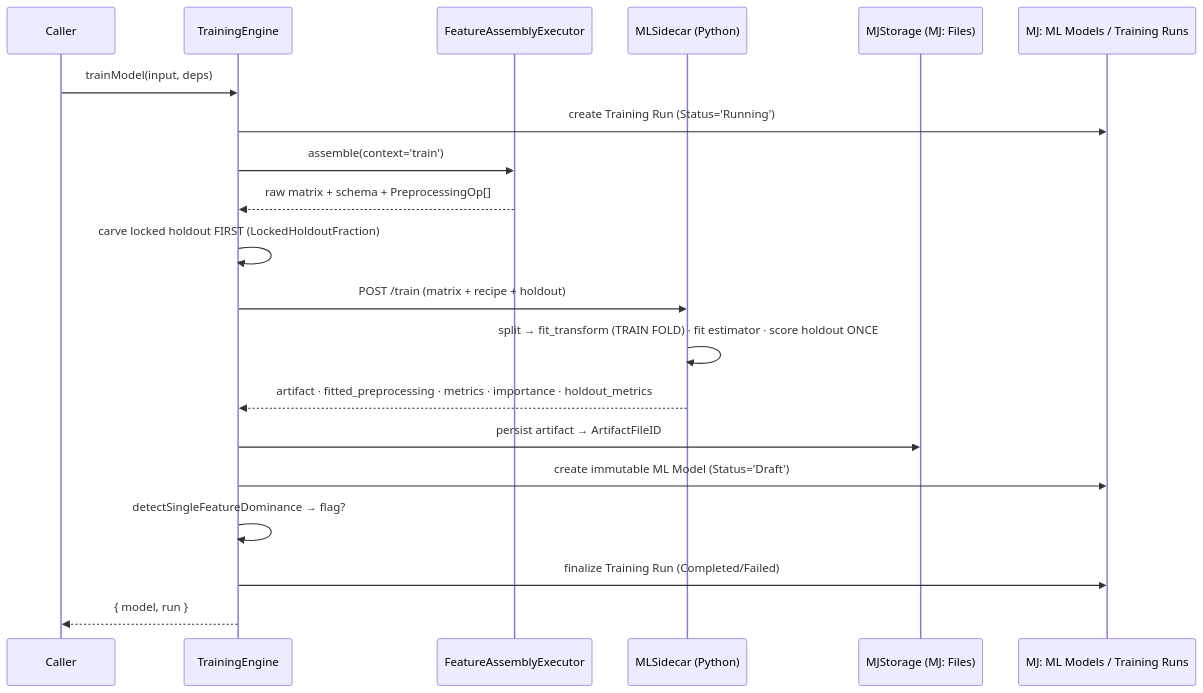
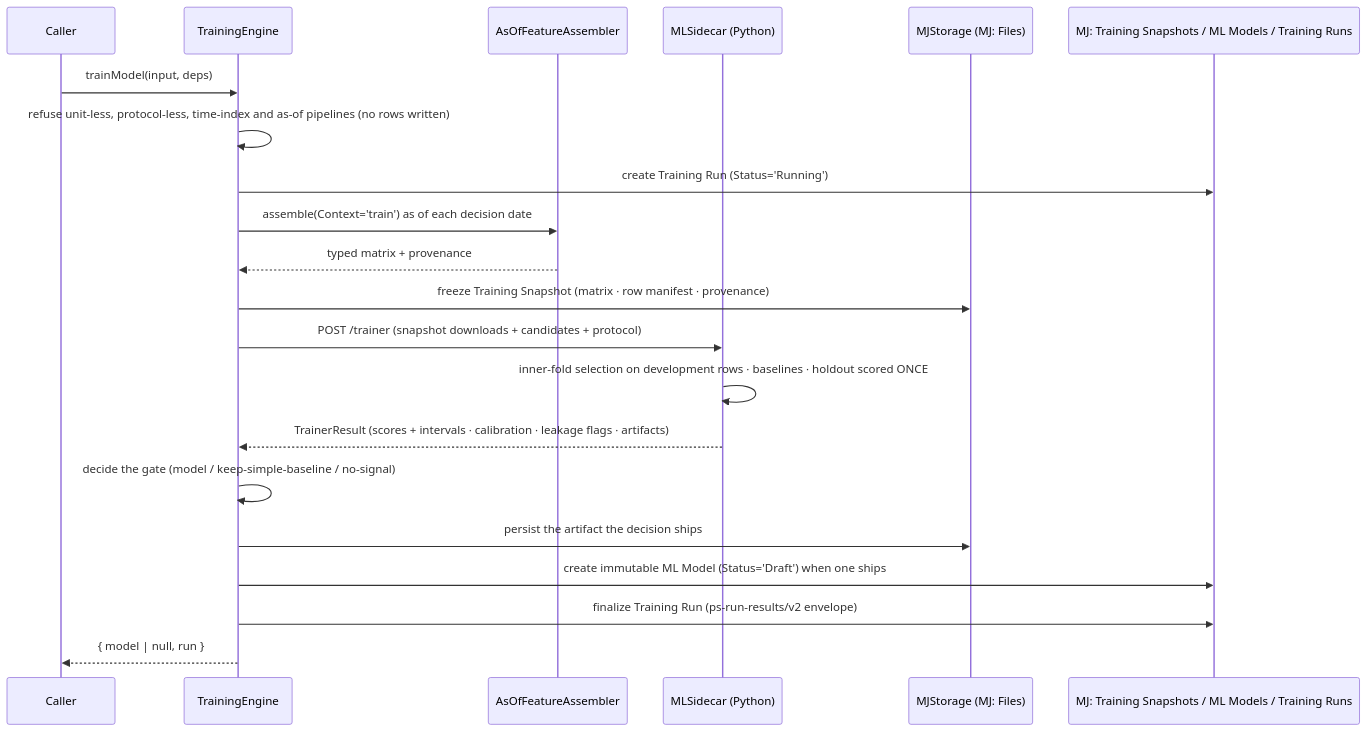
One commit to MemberJunction/MJ changed the fifth of 15 diagrams in guides/PREDICTIVE_STUDIO_GUIDE.md. Above: the diagram before and after it, drawn with Mermaid. The commit also changed other lines of this file and 4 other files, not shown here.

First line of the commit message:
docs(ps): PR 3 M11.5 — guide and PS READMEs describe the unit/protocol training path, the stored gate decision, the outcome copy and the migration Action

````diff
--- a/guides/PREDICTIVE_STUDIO_GUIDE.md
+++ b/guides/PREDICTIVE_STUDIO_GUIDE.md
@@ -337,22 +342,23 @@
 ```mermaid
 sequenceDiagram
     participant C as Caller
     participant TE as TrainingEngine
-    participant FA as FeatureAssemblyExecutor
+    participant FA as AsOfFeatureAssembler
     participant SC as MLSidecar (Python)
     participant ST as MJStorage (MJ: Files)
-    participant DB as MJ: ML Models / Training Runs
+    participant DB as MJ: Training Snapshots / ML Models / Training Runs
     C->>TE: trainModel(input, deps)
+    TE->>TE: refuse unit-less, protocol-less, time-index and as-of pipelines (no rows written)
     TE->>DB: create Training Run (Status='Running')
-    TE->>FA: assemble(context='train')
-    FA-->>TE: raw matrix + schema + PreprocessingOp[]
-    TE->>TE: carve locked holdout FIRST (LockedHoldoutFraction)
-    TE->>SC: POST /train (matrix + recipe + holdout)
-    SC->>SC: split → fit_transform (TRAIN FOLD) · fit estimator · score holdout ONCE
-    SC-->>TE: artifact · fitted_preprocessing · metrics · importance · holdout_metrics
-    TE->>ST: persist artifact → ArtifactFileID
-    TE->>DB: create immutable ML Model (Status='Draft')
-    TE->>TE: detectSingleFeatureDominance → flag?
-    TE->>DB: finalize Training Run (Completed/Failed)
-    TE-->>C: { model, run }
+    TE->>FA: assemble(Context='train') as of each decision date
+    FA-->>TE: typed matrix + provenance
+    TE->>ST: freeze Training Snapshot (matrix · row manifest · provenance)
+    TE->>SC: POST /trainer (snapshot downloads + candidates + protocol)
+    SC->>SC: inner-fold selection on development rows · baselines · holdout scored ONCE
+    SC-->>TE: TrainerResult (scores + intervals · calibration · leakage flags · artifacts)
+    TE->>TE: decide the gate (model / keep-simple-baseline / no-signal)
+    TE->>ST: persist the artifact the decision ships
+    TE->>DB: create immutable ML Model (Status='Draft') when one ships
+    TE->>DB: finalize Training Run (ps-run-results/v2 envelope)
+    TE-->>C: { model | null, run }
 ```
````
